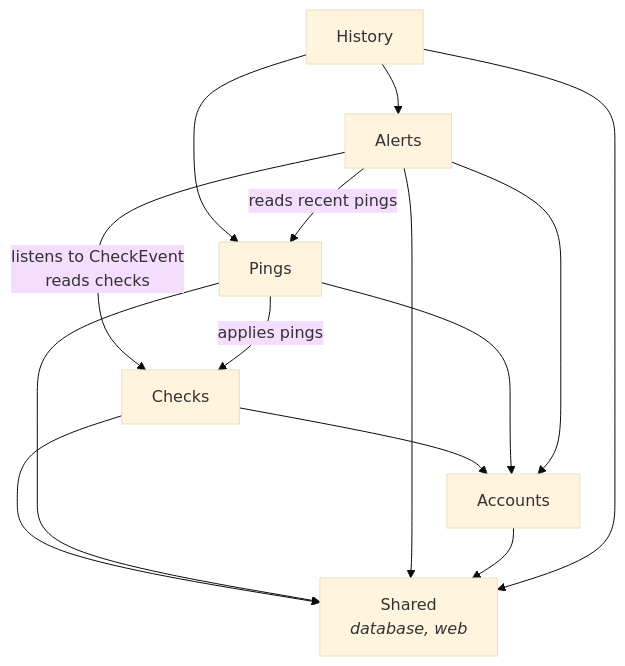
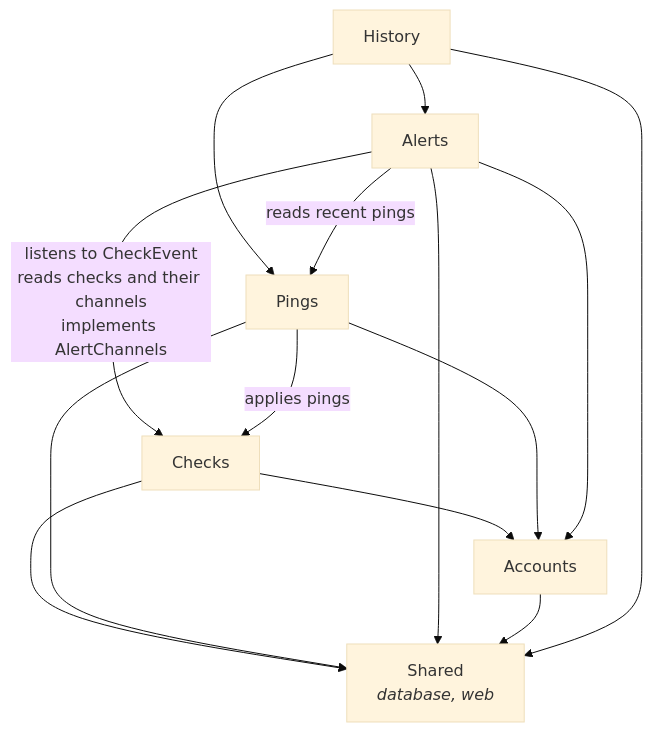
Before and after one commit to steelreed/cronbell: the first of 2 diagrams in ARCHITECTURE.md, drawn with Mermaid (base theme). The commit also changed other lines of this file and 17 other files, not shown here.

First line of the commit message:
feat(server): per-check alert channels

````diff
--- a/ARCHITECTURE.md
+++ b/ARCHITECTURE.md
@@ -38,19 +38,19 @@
 ```mermaid
 flowchart TD
     history[History]
     alerts[Alerts]
     pings[Pings]
     checks[Checks]
     accounts[Accounts]
     shared[Shared<br/><i>database, web</i>]
 
     history --> pings
     history --> alerts
-    alerts -- "listens to CheckEvent<br/>reads checks" --> checks
+    alerts -- "listens to CheckEvent<br/>reads checks and their channels<br/>implements AlertChannels" --> checks
     alerts -- "reads recent pings" --> pings
     pings -- "applies pings" --> checks
     checks --> accounts
     pings --> accounts
     alerts --> accounts
     checks & pings & alerts & accounts & history --> shared
 ```
````
